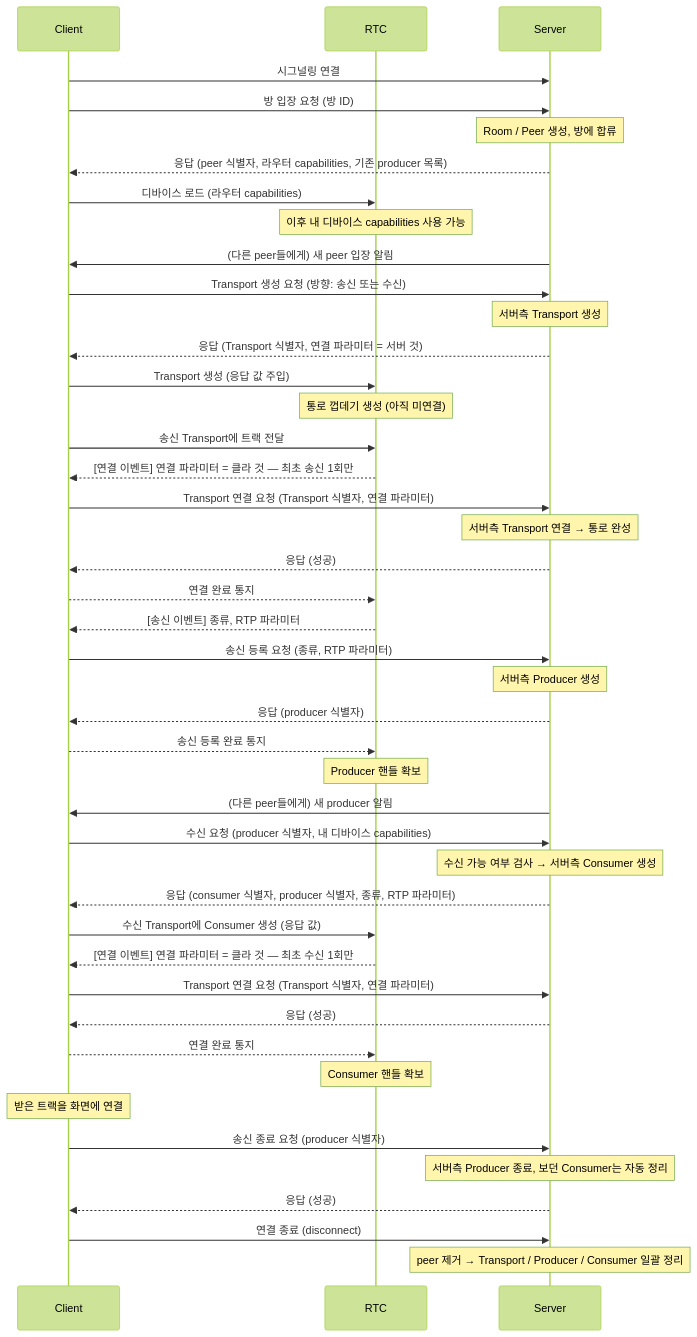
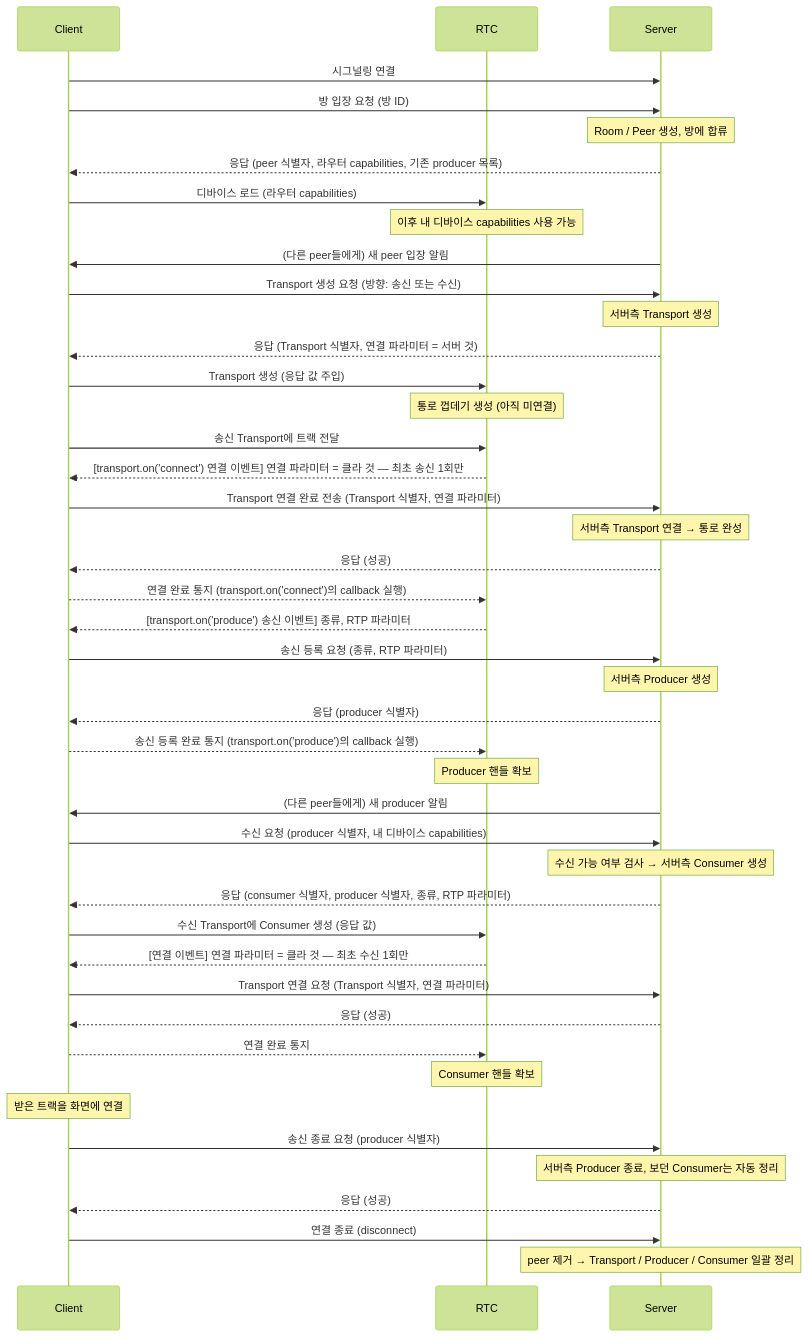
The diagram in docs/protocol.md (emproject525/01_mediasoup_rtc), drawn with Mermaid (forest theme) before and after one commit. The commit also changed 8 other files, not shown here.

````diff
--- a/docs/protocol.md
+++ b/docs/protocol.md
@@ -27,51 +27,51 @@
 ```mermaid
 sequenceDiagram
   participant C as Client
   participant R as RTC
   participant S as Server
 
   C->>S: 시그널링 연결
   C->>S: 방 입장 요청 (방 ID)
   Note over S: Room / Peer 생성, 방에 합류
   S-->>C: 응답 (peer 식별자, 라우터 capabilities, 기존 producer 목록)
   C->>R: 디바이스 로드 (라우터 capabilities)
   Note over R: 이후 내 디바이스 capabilities 사용 가능
   S->>C: (다른 peer들에게) 새 peer 입장 알림
 
   C->>S: Transport 생성 요청 (방향: 송신 또는 수신)
   Note over S: 서버측 Transport 생성
   S-->>C: 응답 (Transport 식별자, 연결 파라미터 = 서버 것)
   C->>R: Transport 생성 (응답 값 주입)
   Note over R: 통로 껍데기 생성 (아직 미연결)
 
   C->>R: 송신 Transport에 트랙 전달
-  R-->>C: [연결 이벤트] 연결 파라미터 = 클라 것 — 최초 송신 1회만
-  C->>S: Transport 연결 요청 (Transport 식별자, 연결 파라미터)
+  R-->>C: [transport.on('connect') 연결 이벤트] 연결 파라미터 = 클라 것 — 최초 송신 1회만
+  C->>S: Transport 연결 완료 전송 (Transport 식별자, 연결 파라미터)
   Note over S: 서버측 Transport 연결 → 통로 완성
   S-->>C: 응답 (성공)
-  C-->>R: 연결 완료 통지
-  R-->>C: [송신 이벤트] 종류, RTP 파라미터
+  C-->>R: 연결 완료 통지 (transport.on('connect')의 callback 실행)
+  R-->>C: [transport.on('produce') 송신 이벤트] 종류, RTP 파라미터
   C->>S: 송신 등록 요청 (종류, RTP 파라미터)
   Note over S: 서버측 Producer 생성
   S-->>C: 응답 (producer 식별자)
-  C-->>R: 송신 등록 완료 통지
+  C-->>R: 송신 등록 완료 통지 (transport.on('produce')의 callback 실행)
   Note over R: Producer 핸들 확보
   S->>C: (다른 peer들에게) 새 producer 알림
 
   C->>S: 수신 요청 (producer 식별자, 내 디바이스 capabilities)
   Note over S: 수신 가능 여부 검사 → 서버측 Consumer 생성
   S-->>C: 응답 (consumer 식별자, producer 식별자, 종류, RTP 파라미터)
   C->>R: 수신 Transport에 Consumer 생성 (응답 값)
   R-->>C: [연결 이벤트] 연결 파라미터 = 클라 것 — 최초 수신 1회만
   C->>S: Transport 연결 요청 (Transport 식별자, 연결 파라미터)
   S-->>C: 응답 (성공)
   C-->>R: 연결 완료 통지
   Note over R: Consumer 핸들 확보
   Note over C: 받은 트랙을 화면에 연결
 
   C->>S: 송신 종료 요청 (producer 식별자)
   Note over S: 서버측 Producer 종료, 보던 Consumer는 자동 정리
   S-->>C: 응답 (성공)
   C->>S: 연결 종료 (disconnect)
   Note over S: peer 제거 → Transport / Producer / Consumer 일괄 정리
 ```
````
